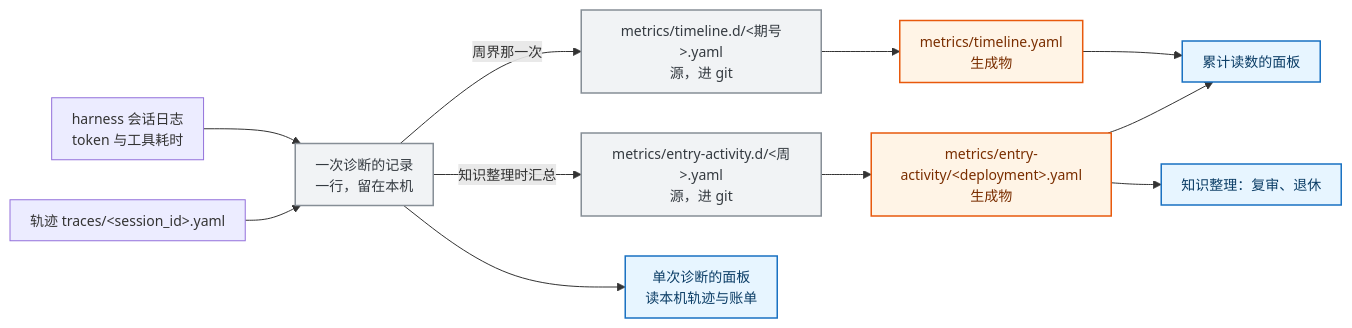
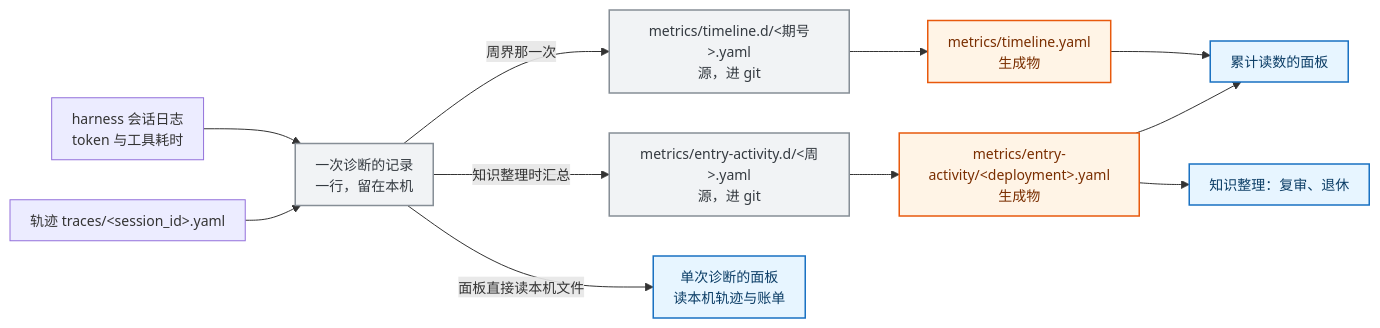
One commit to Bowen-Leee/ascend-sleuth changed the first of 4 diagrams in docs/mechanism/diagnosis-observability.md. Above: the diagram before and after it, drawn with Mermaid. The commit also changed other lines of this file, not shown here.

````diff
--- a/docs/mechanism/diagnosis-observability.md
+++ b/docs/mechanism/diagnosis-observability.md
@@ -39,21 +39,21 @@
 ```mermaid
 %%{init: {'themeVariables':{'fontSize':'14px'},'flowchart':{'curve':'basis','nodeSpacing':40,'rankSpacing':50,'padding':10}}}%%
 flowchart LR
     TR["轨迹 traces/&lt;session_id&gt;.yaml"] --> EP["一次诊断的记录<br/>一行，留在本机"]
     LG["harness 会话日志<br/>token 与工具耗时"] --> EP
     EP -->|"知识整理时汇总"| PF["metrics/entry-activity.d/&lt;周&gt;.yaml<br/>源，进 git"]
     PF --> EA["metrics/entry-activity/&lt;deployment&gt;.yaml<br/>生成物"]
     EP -->|"周界那一次"| TD["metrics/timeline.d/&lt;期号&gt;.yaml<br/>源，进 git"]
     TD --> TI["metrics/timeline.yaml<br/>生成物"]
-    EP --> V1["单次诊断的面板<br/>读本机轨迹与账单"]
+    EP -->|"面板直接读本机文件"| V1["单次诊断的面板<br/>读本机轨迹与账单"]
     EA --> V2["累计读数的面板"]
     TI --> V2
     EA --> GR["知识整理：复审、退休"]
 
     classDef store fill:#f1f3f5,stroke:#868e96,stroke-width:1.5px,color:#343a40
     classDef gen fill:#fff4e6,stroke:#e8590c,stroke-width:1.5px,color:#7a2e00
     classDef view fill:#e7f5ff,stroke:#1971c2,stroke-width:1.5px,color:#0b3d66
     class EP,PF,TD store
     class EA,TI gen
     class V1,V2,GR view
 ```
````
